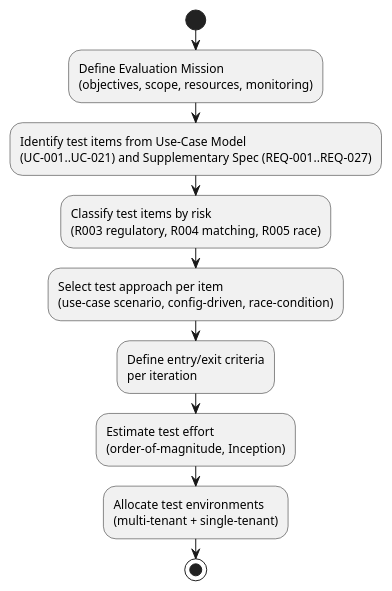
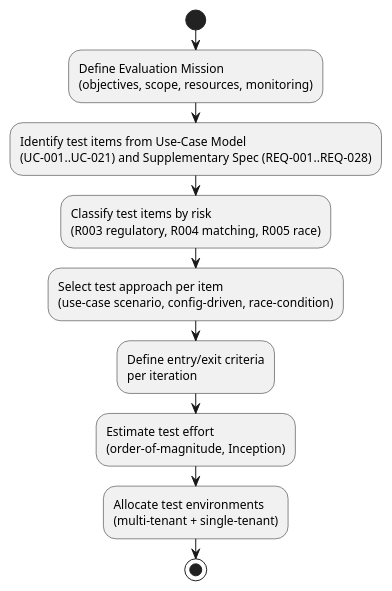
Before and after one commit to banense-test/trademe: the diagram in docs/artifacts/test/test-plan.md, drawn with PlantUML. The commit also changed other lines of this file, not shown here.

First line of the commit message:
Test Manager [I2]: upsert Test Plan

````diff
--- a/docs/artifacts/test/test-plan.md
+++ b/docs/artifacts/test/test-plan.md
@@ -25,13 +25,13 @@
 ```plantuml
 @startuml
 start
 :Define Evaluation Mission\n(objectives, scope, resources, monitoring);
-:Identify test items from Use-Case Model\n(UC-001..UC-021) and Supplementary Spec (REQ-001..REQ-027);
+:Identify test items from Use-Case Model\n(UC-001..UC-021) and Supplementary Spec (REQ-001..REQ-028);
 :Classify test items by risk\n(R003 regulatory, R004 matching, R005 race);
 :Select test approach per item\n(use-case scenario, config-driven, race-condition);
 :Define entry/exit criteria\nper iteration;
 :Estimate test effort\n(order-of-magnitude, Inception);
 :Allocate test environments\n(multi-tenant + single-tenant);
 stop
 @enduml
 ```
````
